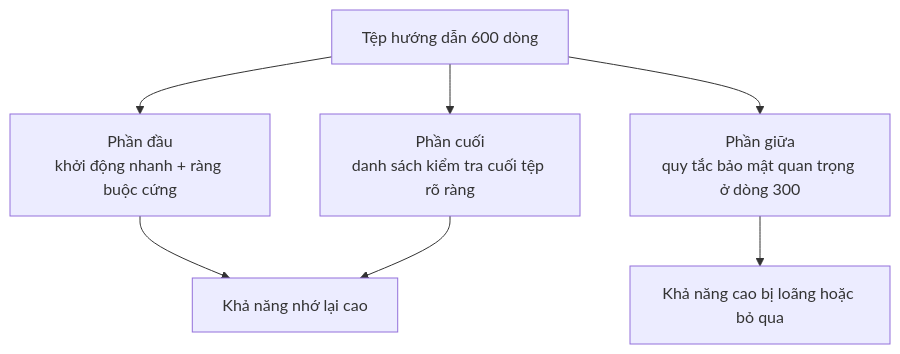
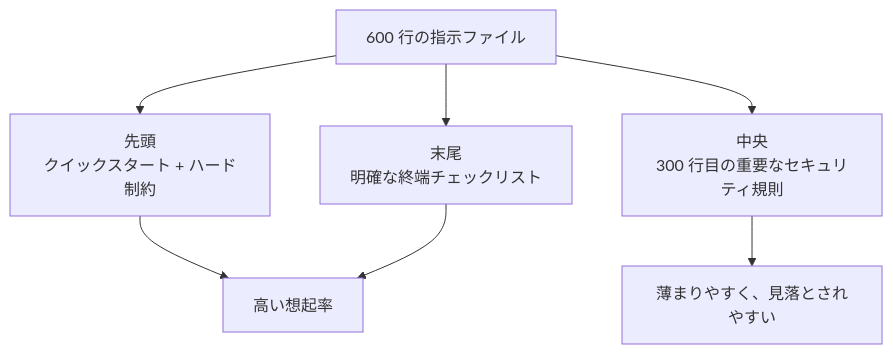
Before and after one commit to mkusaka/learn-harness-engineering: the second of 2 diagrams in docs/vi/lectures/lecture-04-why-one-giant-instruction-file-fails/index.md, drawn with Mermaid. The commit also changed other lines of this file and 571 other files, not shown here.

````diff
--- a/docs/vi/lectures/lecture-04-why-one-giant-instruction-file-fails/index.md
+++ b/docs/vi/lectures/lecture-04-why-one-giant-instruction-file-fails/index.md
@@ -48,9 +48,9 @@
 ```mermaid
 flowchart TB
-    File["Tệp hướng dẫn 600 dòng"] --> Top["Phần đầu<br/>khởi động nhanh + ràng buộc cứng"]
-    File --> Mid["Phần giữa<br/>quy tắc bảo mật quan trọng ở dòng 300"]
-    File --> Bot["Phần cuối<br/>danh sách kiểm tra cuối tệp rõ ràng"]
-    Top --> Seen["Khả năng nhớ lại cao"]
+    File["600 行の指示ファイル"] --> Top["先頭<br/>クイックスタート + ハード制約"]
+    File --> Mid["中央<br/>300 行目の重要なセキュリティ規則"]
+    File --> Bot["末尾<br/>明確な終端チェックリスト"]
+    Top --> Seen["高い想起率"]
     Bot --> Seen
-    Mid --> Missed["Khả năng cao bị loãng hoặc bỏ qua"]
+    Mid --> Missed["薄まりやすく、見落とされやすい"]
 ```
````
